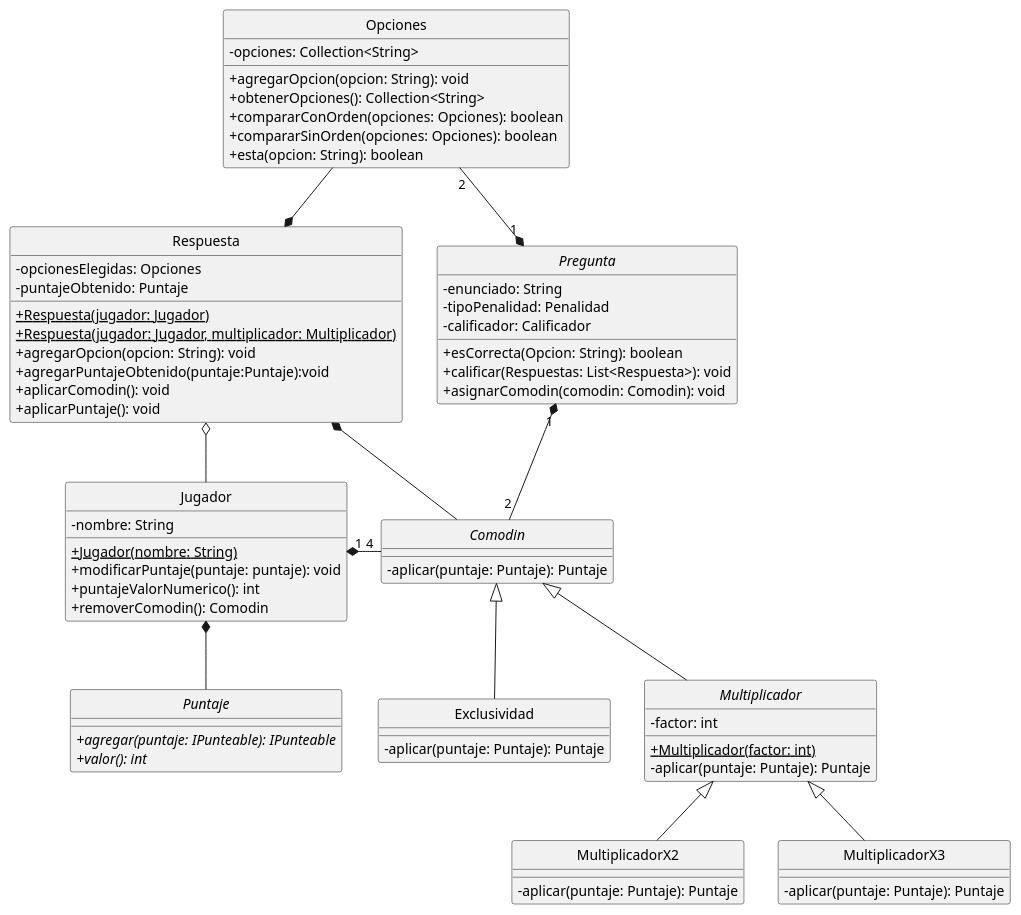
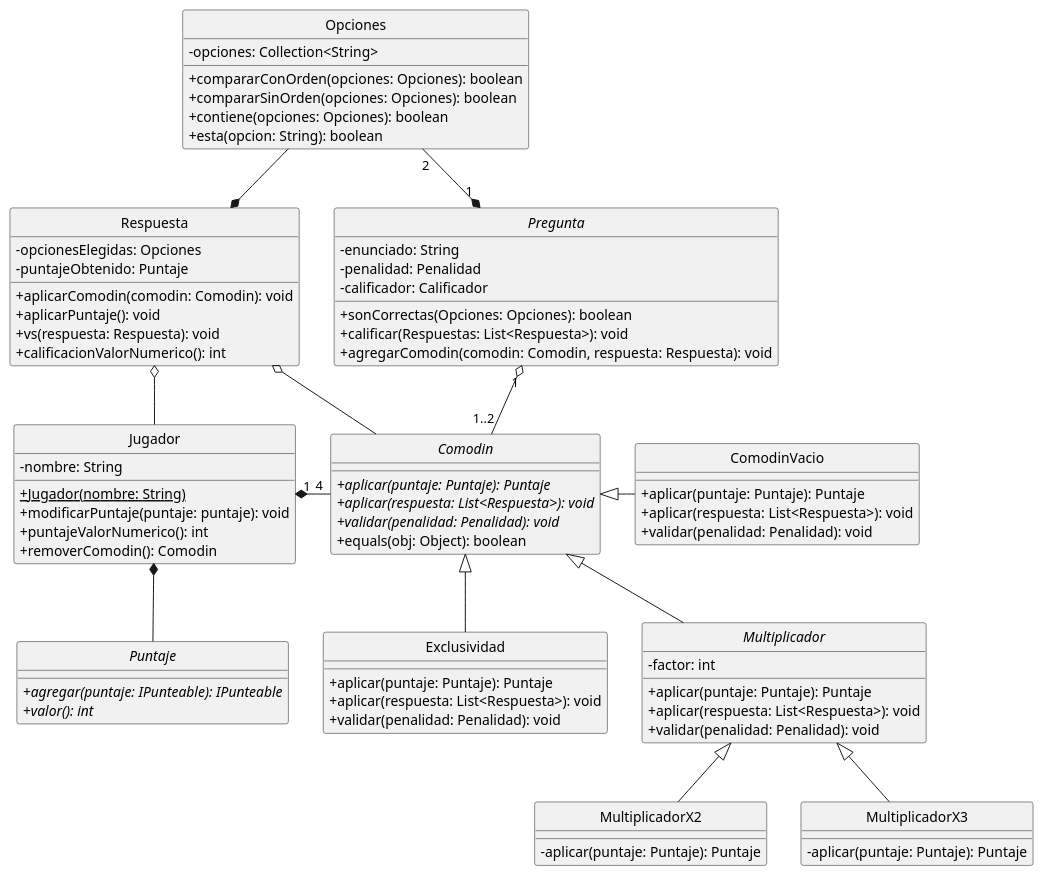
Before and after one commit to Alex1161/TP2: the diagram in src/main/java/edu/fiuba/algo3/Diagramas/puml/Comodines.puml, drawn with PlantUML. The commit also changed 10 other files, not shown here.

Commit message:
Puliendo el codigo y terminando el diagrama de clases de los comodines

```diff
--- a/src/main/java/edu/fiuba/algo3/Diagramas/puml/Comodines.puml
+++ b/src/main/java/edu/fiuba/algo3/Diagramas/puml/Comodines.puml
@@ -1,85 +1,95 @@
 @startuml
 hide circle
 skinparam classAttributeIconSize 0
 
 'Clases
 Class Opciones{
     -opciones: Collection<String>
-    +agregarOpcion(opcion: String): void
-    +obtenerOpciones(): Collection<String>
     +compararConOrden(opciones: Opciones): boolean
     +compararSinOrden(opciones: Opciones): boolean
+    +contiene(opciones: Opciones): boolean
     +esta(opcion: String): boolean
 }
 
 Abstract Class Pregunta{
     -enunciado: String
-    -tipoPenalidad: Penalidad
+    -penalidad: Penalidad
     -calificador: Calificador
-    +esCorrecta(Opcion: String): boolean
+    +sonCorrectas(Opciones: Opciones): boolean
     +calificar(Respuestas: List<Respuesta>): void
-    +asignarComodin(comodin: Comodin): void
+    +agregarComodin(comodin: Comodin, respuesta: Respuesta): void
 }
 
 Class Respuesta{
     -opcionesElegidas: Opciones
     -puntajeObtenido: Puntaje
-    +{static}Respuesta(jugador: Jugador)
-    +{static}Respuesta(jugador: Jugador, multiplicador: Multiplicador)
-    +agregarOpcion(opcion: String): void
-    +agregarPuntajeObtenido(puntaje:Puntaje):void
-    +aplicarComodin(): void
+    +aplicarComodin(comodin: Comodin): void
     +aplicarPuntaje(): void
+    +vs(respuesta: Respuesta): void
+    +calificacionValorNumerico(): int
 }
 
 Class Jugador{
     -nombre: String
     +{Static}Jugador(nombre: String)
     +modificarPuntaje(puntaje: puntaje): void
     +puntajeValorNumerico(): int
     +removerComodin(): Comodin
 }
 
 Interface Puntaje{
     +{abstract}agregar(puntaje: IPunteable): IPunteable
     +{abstract}valor(): int
 }
 
 Abstract Multiplicador{
     -factor: int
-    +{static}Multiplicador(factor: int)
-    -aplicar(puntaje: Puntaje): Puntaje
+    +aplicar(puntaje: Puntaje): Puntaje
+    +aplicar(respuesta: List<Respuesta>): void
+    +validar(penalidad: Penalidad): void
 }
 
-Interface Comodin{
-    -aplicar(puntaje: Puntaje): Puntaje
+Abstract Class Comodin{
+    +{abstract}aplicar(puntaje: Puntaje): Puntaje
+    +{abstract}aplicar(respuesta: List<Respuesta>): void
+    +{abstract}validar(penalidad: Penalidad): void
+    +equals(obj: Object): boolean
+}
+
+Class ComodinVacio{
+    +aplicar(puntaje: Puntaje): Puntaje
+    +aplicar(respuesta: List<Respuesta>): void
+    +validar(penalidad: Penalidad): void
 }
 
 Class Exclusividad{
-    -aplicar(puntaje: Puntaje): Puntaje
+    +aplicar(puntaje: Puntaje): Puntaje
+    +aplicar(respuesta: List<Respuesta>): void
+    +validar(penalidad: Penalidad): void
 }
 
 Class MultiplicadorX2{
     -aplicar(puntaje: Puntaje): Puntaje
 }
 
 Class MultiplicadorX3{
     -aplicar(puntaje: Puntaje): Puntaje
 }
 
 'Relaciones
 Respuesta o-- Jugador
 Pregunta "1" *-left- "2" Opciones
-Pregunta "1" *-- "2" Comodin
+Pregunta "1" o-- "1..2" Comodin
 Respuesta *-up- Opciones
-Respuesta *-- Comodin
+Respuesta o-- Comodin
 
 Jugador *-- Puntaje
 
 Jugador "1" *-right- "4" Comodin
 Multiplicador -up-|> Comodin
 Exclusividad -up-|> Comodin
 MultiplicadorX2 -up-|> Multiplicador
 MultiplicadorX3 -up-|> Multiplicador
+ComodinVacio -left-|> Comodin
 
 @enduml
```
